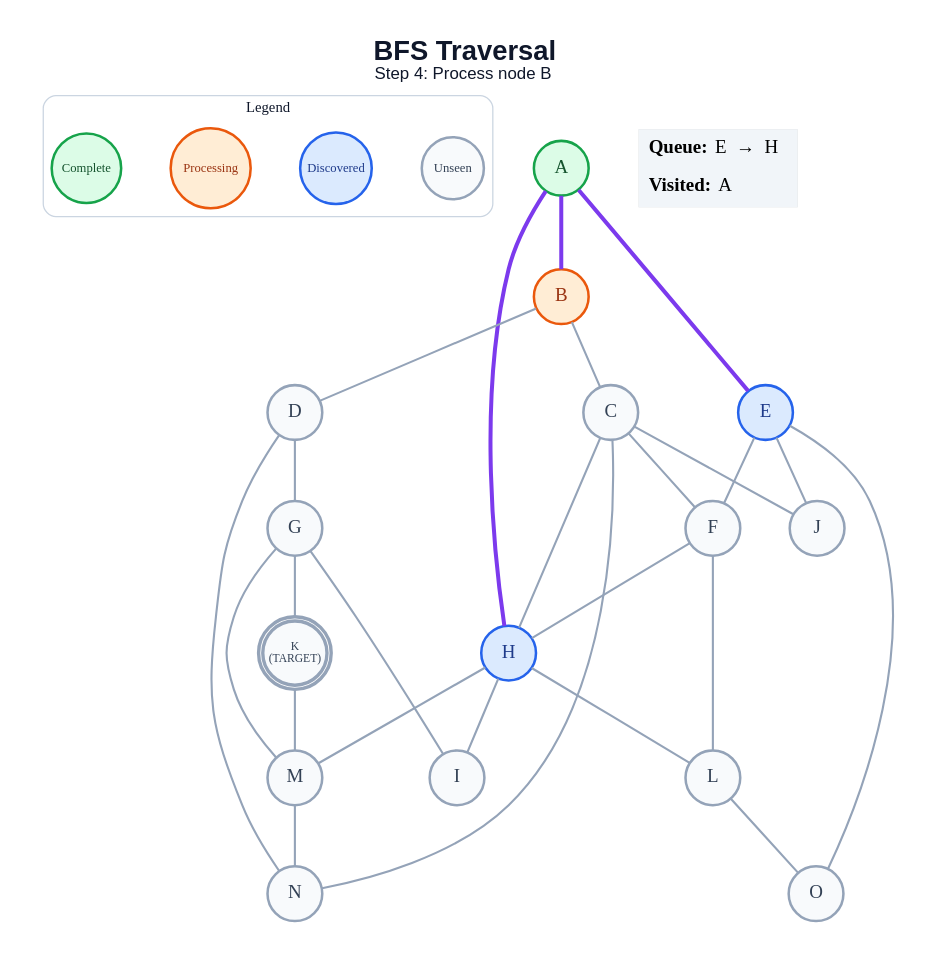
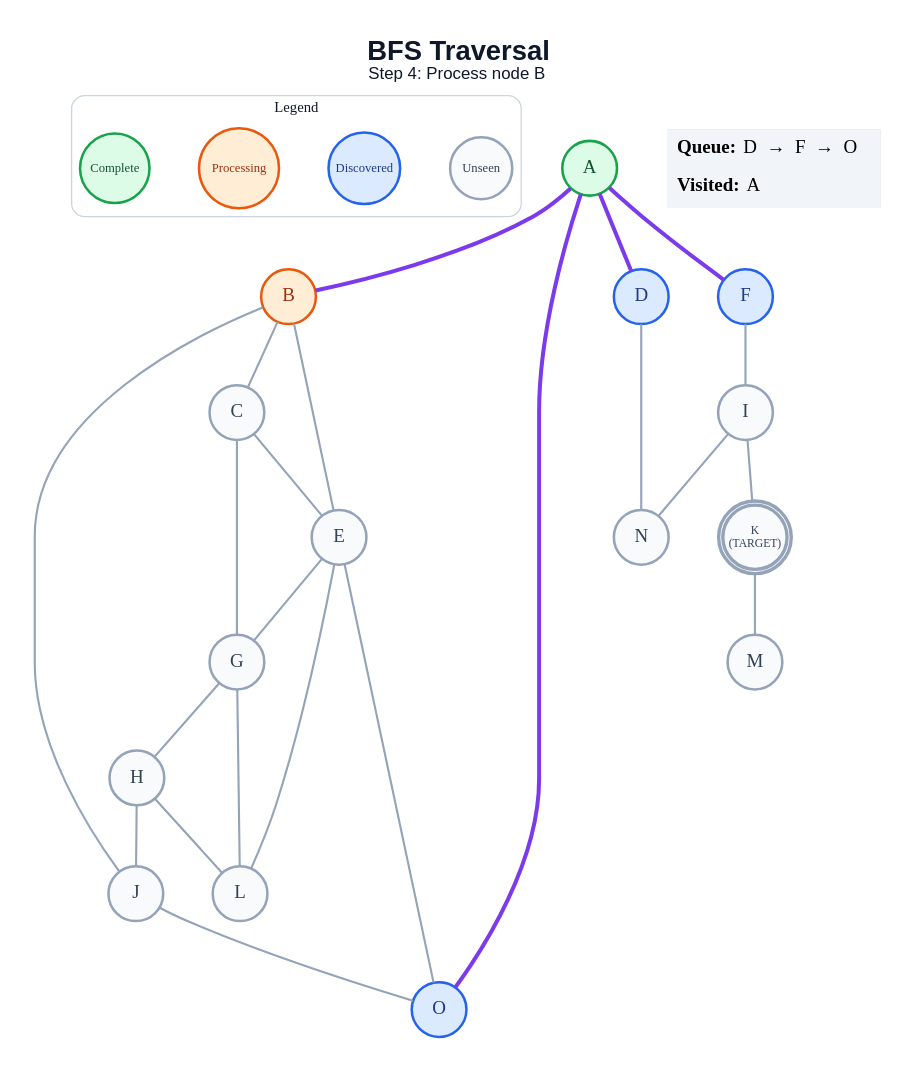
Before and after one commit to anon7238593-create/ai-slop: the diagram in generated/short-circuit/bfs/step_04.dot, drawn with Graphviz. The commit also changed 345 other files, not shown here.

```diff
--- a/generated/short-circuit/bfs/step_04.dot
+++ b/generated/short-circuit/bfs/step_04.dot
@@ -1,59 +1,56 @@
 graph traversal {
   graph [layout=dot, rankdir=TB, bgcolor="#FFFFFF", pad="0.35", nodesep="0.65", ranksep="0.8", fontname="Arial"];
   node [shape=circle, style="filled", fontname="Arial Bold", fontsize=18, width=0.72, fixedsize=true, penwidth=2.4];
   edge [color="#94A3B8", penwidth=2.0];
   label=<<B>BFS Traversal</B><BR/><FONT POINT-SIZE="16">Step 4: Process node B</FONT>>; labelloc="t"; fontsize=26; fontname="Arial"; fontcolor="#0F172A";
   subgraph cluster_legend { label="Legend"; color="#CBD5E1"; penwidth=1.2; style="rounded"; fontsize=14; fontname="Arial Bold";
     key_unseen [label="Unseen", fillcolor="#F8FAFC", color="#94A3B8", fontcolor="#334155", fontsize=12, width=0.82];
     key_frontier [label="Discovered", fillcolor="#DBEAFE", color="#2563EB", fontcolor="#1E3A8A", fontsize=12, width=0.95];
     key_current [label="Processing", fillcolor="#FFEDD5", color="#EA580C", fontcolor="#9A3412", fontsize=12, width=1.05];
     key_done [label="Complete", fillcolor="#DCFCE7", color="#16A34A", fontcolor="#14532D", fontsize=12, width=0.92];
     { rank=same; key_unseen; key_frontier; key_current; key_done; }
   }
   A [label="A", fillcolor="#DCFCE7", color="#16A34A", fontcolor="#14532D", peripheries=1, penwidth=2.4];
   B [label="B", fillcolor="#FFEDD5", color="#EA580C", fontcolor="#9A3412", peripheries=1, penwidth=2.4];
   C [label="C", fillcolor="#F8FAFC", color="#94A3B8", fontcolor="#334155", peripheries=1, penwidth=2.4];
-  D [label="D", fillcolor="#F8FAFC", color="#94A3B8", fontcolor="#334155", peripheries=1, penwidth=2.4];
-  E [label="E", fillcolor="#DBEAFE", color="#2563EB", fontcolor="#1E3A8A", peripheries=1, penwidth=2.4];
-  F [label="F", fillcolor="#F8FAFC", color="#94A3B8", fontcolor="#334155", peripheries=1, penwidth=2.4];
+  D [label="D", fillcolor="#DBEAFE", color="#2563EB", fontcolor="#1E3A8A", peripheries=1, penwidth=2.4];
+  E [label="E", fillcolor="#F8FAFC", color="#94A3B8", fontcolor="#334155", peripheries=1, penwidth=2.4];
+  F [label="F", fillcolor="#DBEAFE", color="#2563EB", fontcolor="#1E3A8A", peripheries=1, penwidth=2.4];
   G [label="G", fillcolor="#F8FAFC", color="#94A3B8", fontcolor="#334155", peripheries=1, penwidth=2.4];
-  H [label="H", fillcolor="#DBEAFE", color="#2563EB", fontcolor="#1E3A8A", peripheries=1, penwidth=2.4];
+  H [label="H", fillcolor="#F8FAFC", color="#94A3B8", fontcolor="#334155", peripheries=1, penwidth=2.4];
   I [label="I", fillcolor="#F8FAFC", color="#94A3B8", fontcolor="#334155", peripheries=1, penwidth=2.4];
   J [label="J", fillcolor="#F8FAFC", color="#94A3B8", fontcolor="#334155", peripheries=1, penwidth=2.4];
   K [label="K\n(TARGET)", fillcolor="#F8FAFC", color="#94A3B8", fontcolor="#334155", peripheries=2, penwidth=3.2, fontsize=11, width=0.85, height=0.85];
   L [label="L", fillcolor="#F8FAFC", color="#94A3B8", fontcolor="#334155", peripheries=1, penwidth=2.4];
   M [label="M", fillcolor="#F8FAFC", color="#94A3B8", fontcolor="#334155", peripheries=1, penwidth=2.4];
   N [label="N", fillcolor="#F8FAFC", color="#94A3B8", fontcolor="#334155", peripheries=1, penwidth=2.4];
-  O [label="O", fillcolor="#F8FAFC", color="#94A3B8", fontcolor="#334155", peripheries=1, penwidth=2.4];
+  O [label="O", fillcolor="#DBEAFE", color="#2563EB", fontcolor="#1E3A8A", peripheries=1, penwidth=2.4];
   A -- B [color="#7C3AED", penwidth=3.8];
-  A -- E [color="#7C3AED", penwidth=3.8];
-  A -- H [color="#7C3AED", penwidth=3.8];
+  A -- D [color="#7C3AED", penwidth=3.8];
+  A -- F [color="#7C3AED", penwidth=3.8];
+  A -- O [color="#7C3AED", penwidth=3.8];
   B -- C;
-  B -- D;
-  C -- F;
-  C -- H;
-  C -- J;
-  C -- N;
-  D -- G;
+  B -- E;
+  B -- J;
+  C -- E;
+  C -- G;
   D -- N;
-  E -- F;
-  E -- J;
+  E -- G;
+  E -- L;
   E -- O;
-  F -- H;
-  F -- L;
-  G -- I;
-  G -- K;
-  G -- M;
-  H -- I;
+  F -- I;
+  G -- H;
+  G -- L;
+  H -- J;
   H -- L;
-  H -- M;
+  I -- K;
+  I -- N;
+  J -- O;
   K -- M;
-  L -- O;
-  M -- N;
   status [shape=plain, fixedsize=false, width=0, height=0, margin=0, label=<
     <TABLE BORDER="0" CELLBORDER="0" CELLPADDING="7" BGCOLOR="#F1F5F9">
-      <TR><TD ALIGN="LEFT"><B>Queue:</B> E  →  H</TD></TR>
+      <TR><TD ALIGN="LEFT"><B>Queue:</B> D  →  F  →  O</TD></TR>
       <TR><TD ALIGN="LEFT"><B>Visited:</B> A</TD></TR>
     </TABLE>
   >];
 }
```
